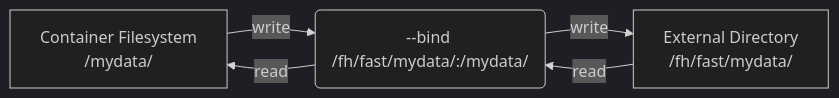
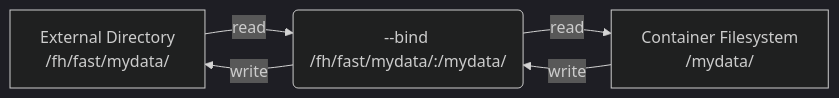
Before and after one commit to laderast/bash_for_hpc: the second of 2 diagrams in running_containers.qmd, drawn with Mermaid (dark theme). The commit also changed other lines of this file and 2 other files, not shown here.

````diff
--- a/running_containers.qmd
+++ b/running_containers.qmd
@@ -79,8 +79,8 @@
 ```{mermaid}
 flowchart LR
-   A["Container Filesystem\n/mydata/"]--write-->C("--bind /fh/fast/mydata/:/mydata/")
-   C --read--> A
    B["External Directory\n/fh/fast/mydata/"] 
    B --read--> C
    C --write--> B
+   A["Container Filesystem\n/mydata/"]--write-->C("--bind /fh/fast/mydata/:/mydata/")
+   C --read--> A
 ```
````
